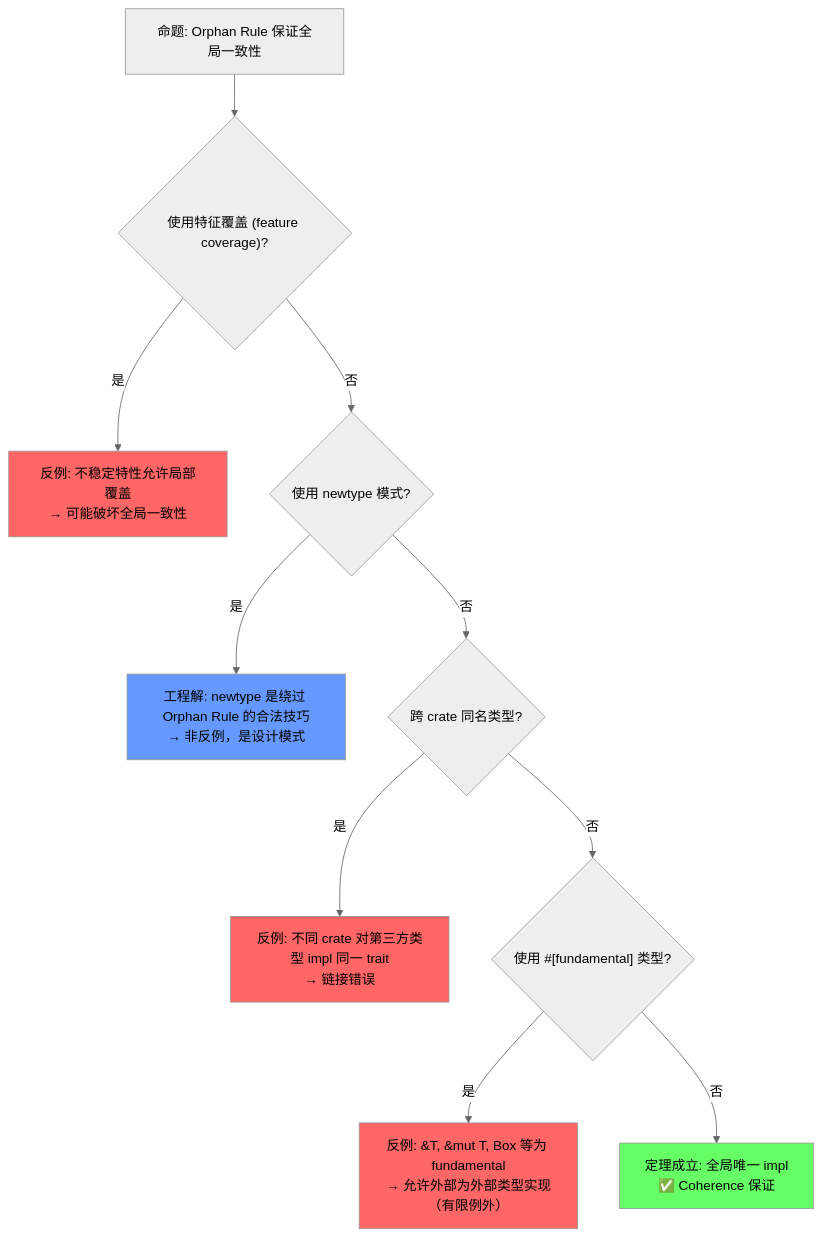
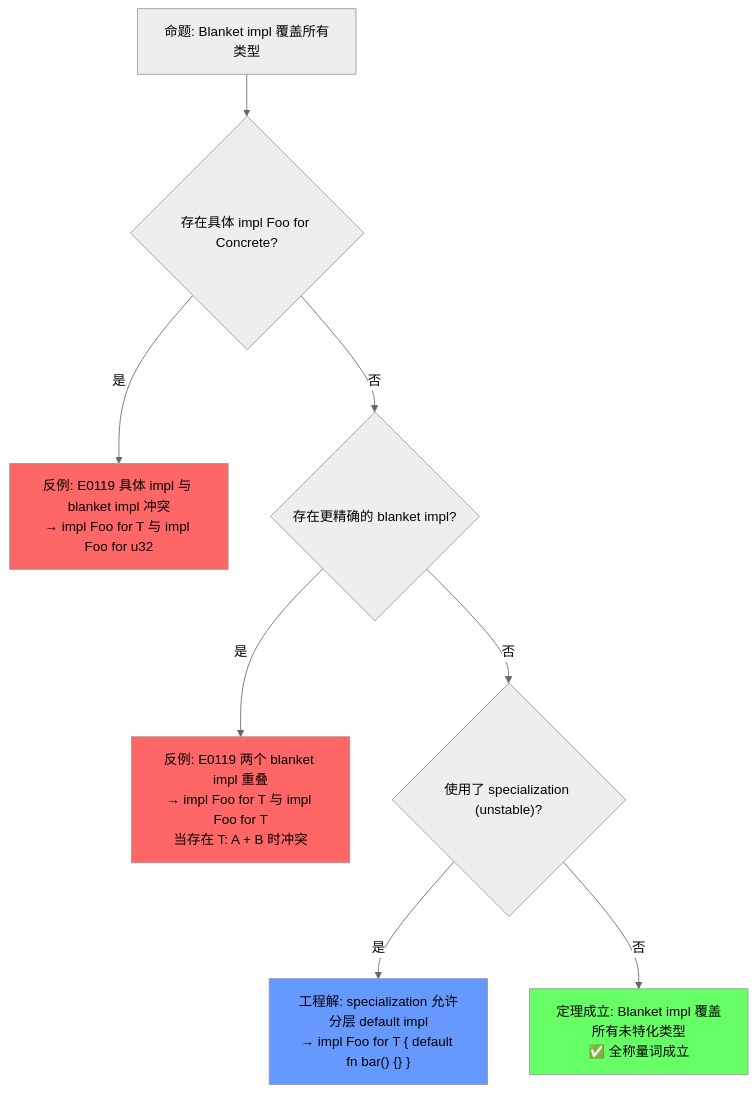
Before and after one commit to martin-ly/rust-lang: the third of 5 diagrams in concept/02_intermediate/01_traits.md, drawn with Mermaid (neutral theme). The commit also changed other lines of this file and 3 other files, not shown here.

````diff
--- a/concept/02_intermediate/01_traits.md
+++ b/concept/02_intermediate/01_traits.md
@@ -373,18 +381,15 @@
 ```mermaid
 graph TD
-    P["命题: Orphan Rule 保证全局一致性"] --> Q1{"使用特征覆盖 (feature coverage)?"}
-    Q1 -->|是| F1["反例: 不稳定特性允许局部覆盖<br/>→ 可能破坏全局一致性"]
-    Q1 -->|否| Q2{"使用 newtype 模式?"}
-    Q2 -->|是| N1["工程解: newtype 是绕过 Orphan Rule 的合法技巧<br/>→ 非反例，是设计模式"]
-    Q2 -->|否| Q3{"跨 crate 同名类型?"}
-    Q3 -->|是| F2["反例: 不同 crate 对第三方类型 impl 同一 trait<br/>→ 链接错误"]
-    Q3 -->|否| Q4{"使用 #[fundamental] 类型?"}
-    Q4 -->|是| F3["反例: &T, &mut T, Box<T> 等为 fundamental<br/>→ 允许外部为外部类型实现（有限例外）"]
-    Q4 -->|否| T1["定理成立: 全局唯一 impl<br/>✅ Coherence 保证"]
+    P["命题: Blanket impl 覆盖所有类型"] --> Q1{"存在具体 impl<T> Foo for Concrete?"}
+    Q1 -->|是| F1["反例: E0119 具体 impl 与 blanket impl 冲突<br/>→ impl<T> Foo for T 与 impl Foo for u32"]
+    Q1 -->|否| Q2{"存在更精确的 blanket impl?"}
+    Q2 -->|是| F2["反例: E0119 两个 blanket impl 重叠<br/>→ impl<T: A> Foo for T 与 impl<T: B> Foo for T<br/>当存在 T: A + B 时冲突"]
+    Q2 -->|否| Q3{"使用了 specialization (unstable)?"}
+    Q3 -->|是| N1["工程解: specialization 允许分层 default impl<br/>→ impl<T> Foo for T { default fn bar() {} }"]
+    Q3 -->|否| T1["定理成立: Blanket impl 覆盖所有未特化类型<br/>✅ 全称量词成立"]
 
     style F1 fill:#f66
     style F2 fill:#f66
-    style F3 fill:#f66
     style N1 fill:#69f
     style T1 fill:#6f6
 ```
````
